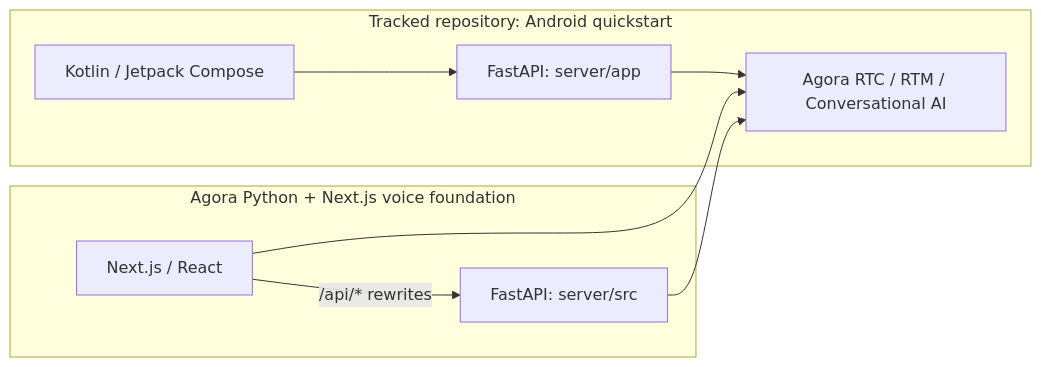
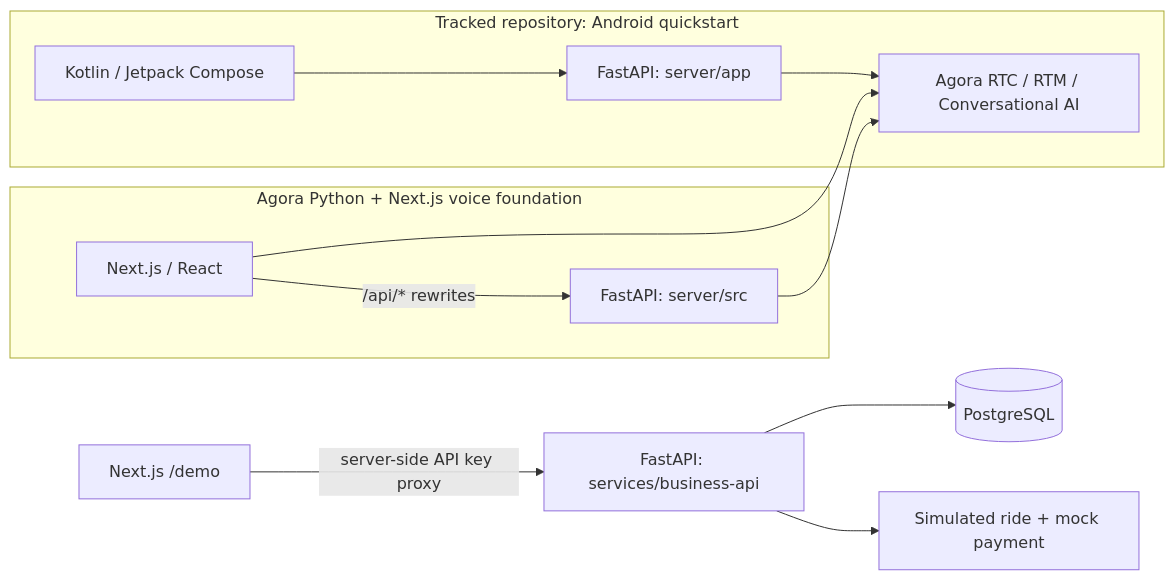
One commit to Mario-World/BoloRide changed the first of 2 diagrams in ARCHITECTURE.md. Above: the diagram before and after it, drawn with Mermaid. The commit also changed other lines of this file and 13 other files, not shown here.

````diff
--- a/ARCHITECTURE.md
+++ b/ARCHITECTURE.md
@@ -12,13 +12,17 @@
 ```mermaid
 flowchart LR
   subgraph Root["Tracked repository: Android quickstart"]
     Android["Kotlin / Jetpack Compose"] --> AndroidAPI["FastAPI: server/app"]
     AndroidAPI --> Agora["Agora RTC / RTM / Conversational AI"]
   end
 
   subgraph Nested["Agora Python + Next.js voice foundation"]
     Web["Next.js / React"] -->|"/api/* rewrites"| WebAPI["FastAPI: server/src"]
     Web --> Agora
     WebAPI --> Agora
   end
+
+  Demo["Next.js /demo"] -->|server-side API key proxy| Business["FastAPI: services/business-api"]
+  Business --> Postgres[("PostgreSQL")]
+  Business --> Simulator["Simulated ride + mock payment"]
 ```
````
